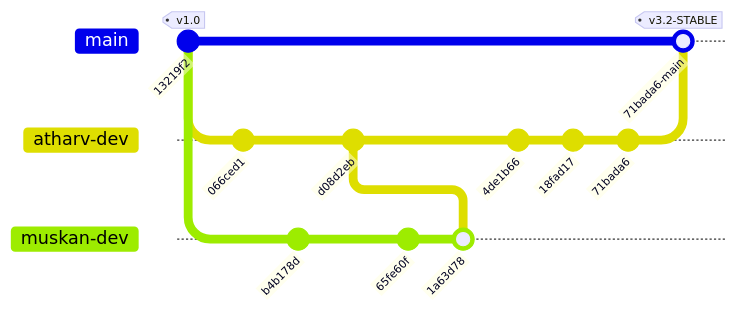
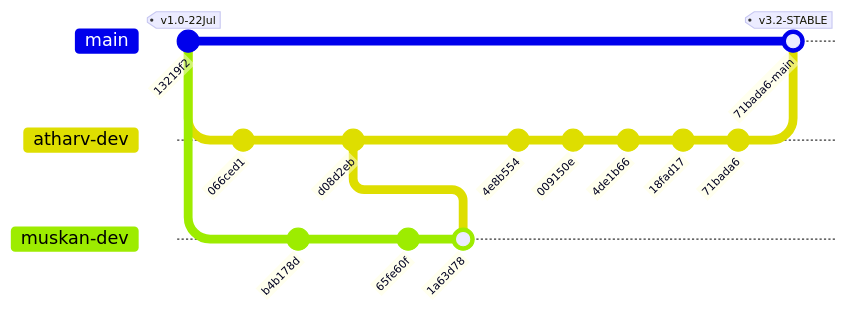
One commit to Redkrossresearch/api-security-scanner changed the diagram in collaboration_log.md. Above: the diagram before and after it, drawn with Mermaid. The commit also changed other lines of this file, not shown here.

Commit message:
docs: update collaboration_log.md with complete past 10 days sprint records (22-31 Jul 2026)

````diff
--- a/collaboration_log.md
+++ b/collaboration_log.md
@@ -23,21 +23,23 @@
 ```mermaid
 gitGraph
-    commit id: "13219f2" tag: "v1.0"
+    commit id: "13219f2" tag: "v1.0-22Jul"
     branch atharv-dev
     branch muskan-dev
     checkout atharv-dev
-    commit id: "066ced1" msg: "Real Web Search RAG & Tagging"
+    commit id: "066ced1" msg: "Real Web Search RAG & Tagging (23 Jul)"
     checkout muskan-dev
-    commit id: "b4b178d" msg: "CitationCard & Sources Panel"
+    commit id: "b4b178d" msg: "CitationCard & Sources Panel (23 Jul)"
     checkout atharv-dev
-    commit id: "d08d2eb" msg: "AI Remediation & Certificate Engine"
+    commit id: "d08d2eb" msg: "AI Remediation & Certificate Engine (25 Jul)"
     checkout muskan-dev
-    commit id: "65fe60f" msg: "Compliance Radar & Chart Sizing"
+    commit id: "65fe60f" msg: "Compliance Radar & Chart Sizing (27 Jul)"
     merge atharv-dev id: "1a63d78"
     checkout atharv-dev
-    commit id: "4de1b66" msg: "Render Socket Clean Reconnection"
-    commit id: "18fad17" msg: "Queue Monitor 100% Full-Width Overhaul"
-    commit id: "71bada6" msg: "Complete Settings, Queue Telemetry & Scanner Bar"
+    commit id: "4e8b554" msg: "Scan Telemetry & PostCSS Build (28 Jul)"
+    commit id: "009150e" msg: "Cloud API Status Badge (29 Jul)"
+    commit id: "4de1b66" msg: "Render Socket Clean Reconnection (30 Jul)"
+    commit id: "18fad17" msg: "Queue Monitor 100% Full-Width Overhaul (31 Jul)"
+    commit id: "71bada6" msg: "Complete Settings, Telemetry & Direct Scanner (31 Jul)"
     checkout main
     merge atharv-dev id: "71bada6-main" tag: "v3.2-STABLE"
 ```
````
